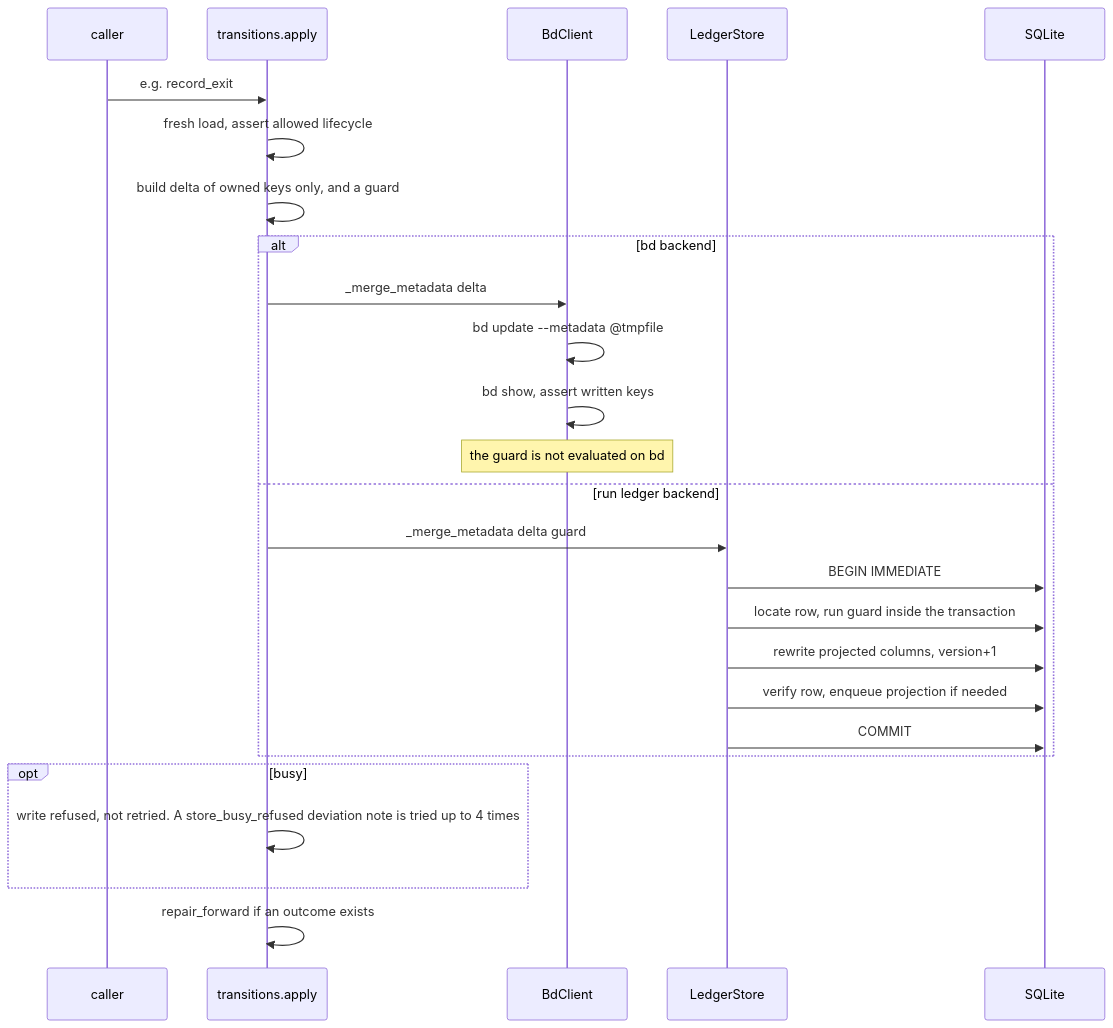
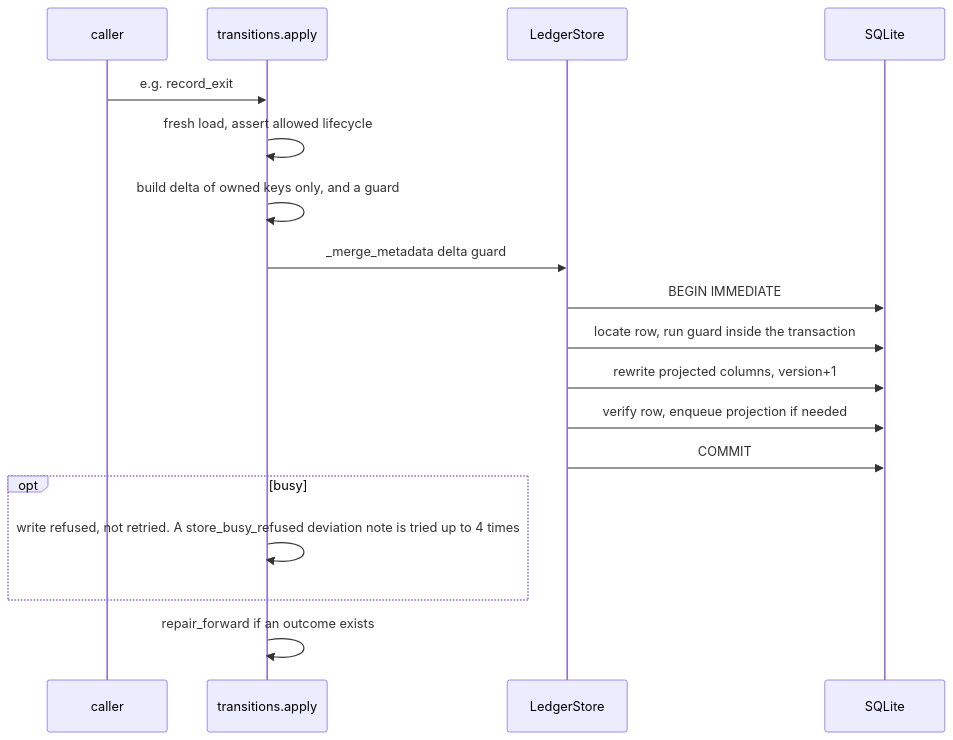
Before and after one commit to MVPavan/coding-ritual: diagram 40 of 45 in docs/workflow-interpreter-guide/diagrams.md, drawn with Mermaid. The commit also changed other lines of this file and 7 other files, not shown here.

````diff
--- a/docs/workflow-interpreter-guide/diagrams.md
+++ b/docs/workflow-interpreter-guide/diagrams.md
@@ -1643,28 +1702,20 @@
 ```mermaid
 sequenceDiagram
   participant C as caller
   participant T as transitions.apply
-  participant BD as BdClient
   participant LS as LedgerStore
   participant DB as SQLite
   C->>T: e.g. record_exit
   T->>T: fresh load, assert allowed lifecycle
   T->>T: build delta of owned keys only, and a guard
-  alt bd backend
-    T->>BD: _merge_metadata delta
-    BD->>BD: bd update --metadata @tmpfile
-    BD->>BD: bd show, assert written keys
-    Note over BD: the guard is not evaluated on bd
-  else run ledger backend
-    T->>LS: _merge_metadata delta guard
-    LS->>DB: BEGIN IMMEDIATE
-    LS->>DB: locate row, run guard inside the transaction
-    LS->>DB: rewrite projected columns, version+1
-    LS->>DB: verify row, enqueue projection if needed
-    LS->>DB: COMMIT
-  end
+  T->>LS: _merge_metadata delta guard
+  LS->>DB: BEGIN IMMEDIATE
+  LS->>DB: locate row, run guard inside the transaction
+  LS->>DB: rewrite projected columns, version+1
+  LS->>DB: verify row, enqueue projection if needed
+  LS->>DB: COMMIT
   opt busy
     T->>T: write refused, not retried. A store_busy_refused deviation note is tried up to 4 times
   end
   T->>T: repair_forward if an outcome exists
 ```
````
